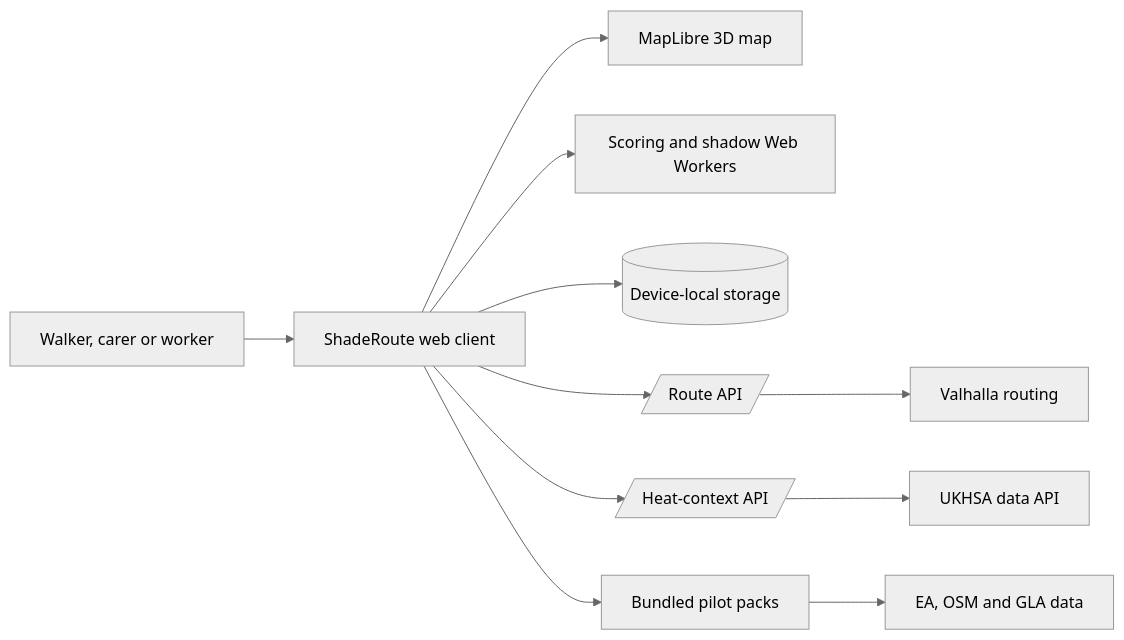
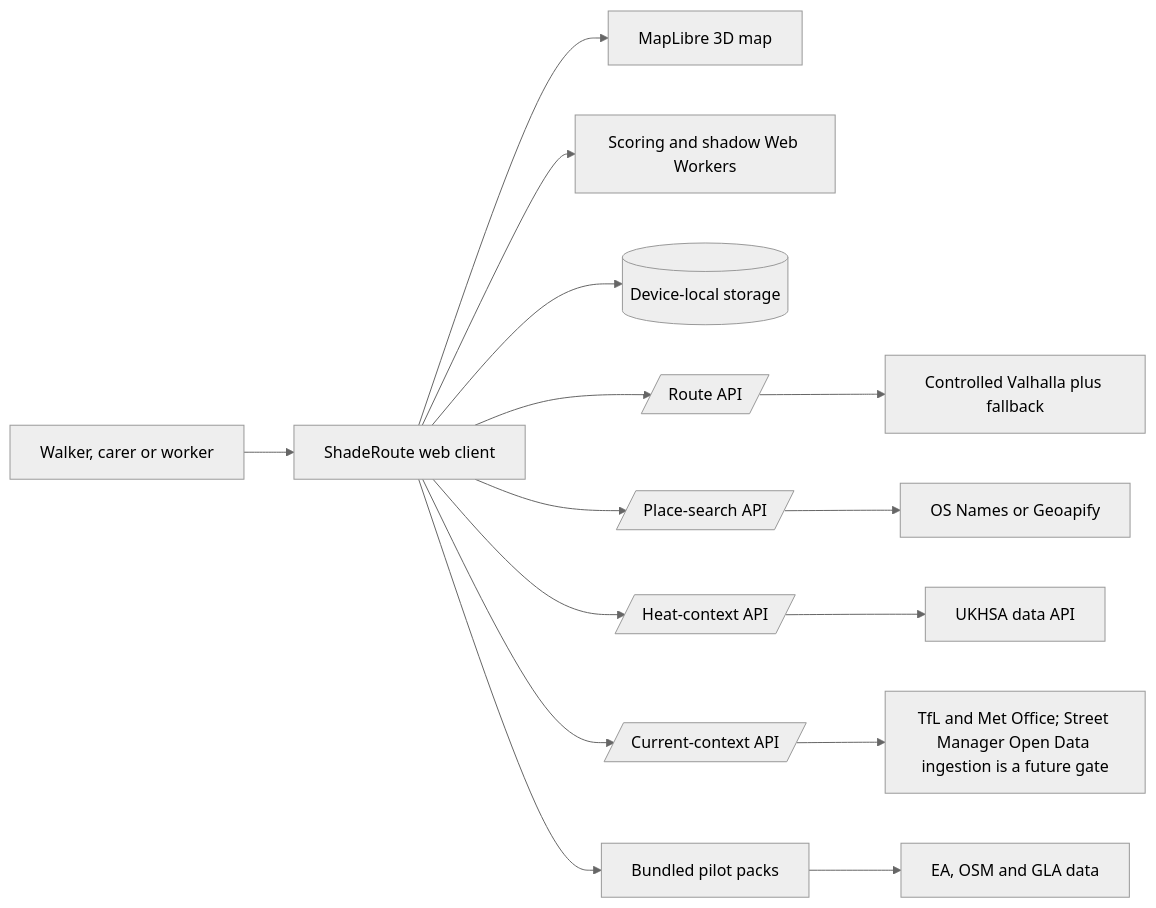
One commit to MasteraSnackin/shade-route changed the diagram in README.md. Above: the diagram before and after it, drawn with Mermaid (neutral theme). The commit also changed other lines of this file and 135 other files, not shown here.

````diff
--- a/README.md
+++ b/README.md
@@ -75,13 +93,17 @@
 ```mermaid
 flowchart LR
   User[Walker, carer or worker] --> Client[ShadeRoute web client]
   Client --> Map[MapLibre 3D map]
   Client --> Workers[Scoring and shadow Web Workers]
   Client --> Storage[(Device-local storage)]
   Client --> RouteAPI[/Route API/]
+  Client --> SearchAPI[/Place-search API/]
   Client --> HeatAPI[/Heat-context API/]
+  Client --> ContextAPI[/Current-context API/]
   Client --> Packs[Bundled pilot packs]
-  RouteAPI --> Valhalla[Valhalla routing]
+  RouteAPI --> Valhalla[Controlled Valhalla plus fallback]
+  SearchAPI --> PlaceProviders[OS Names or Geoapify]
   HeatAPI --> UKHSA[UKHSA data API]
+  ContextAPI --> LiveSources[TfL and Met Office; Street Manager Open Data ingestion is a future gate]
   Packs --> OpenData[EA, OSM and GLA data]
 ```
````
